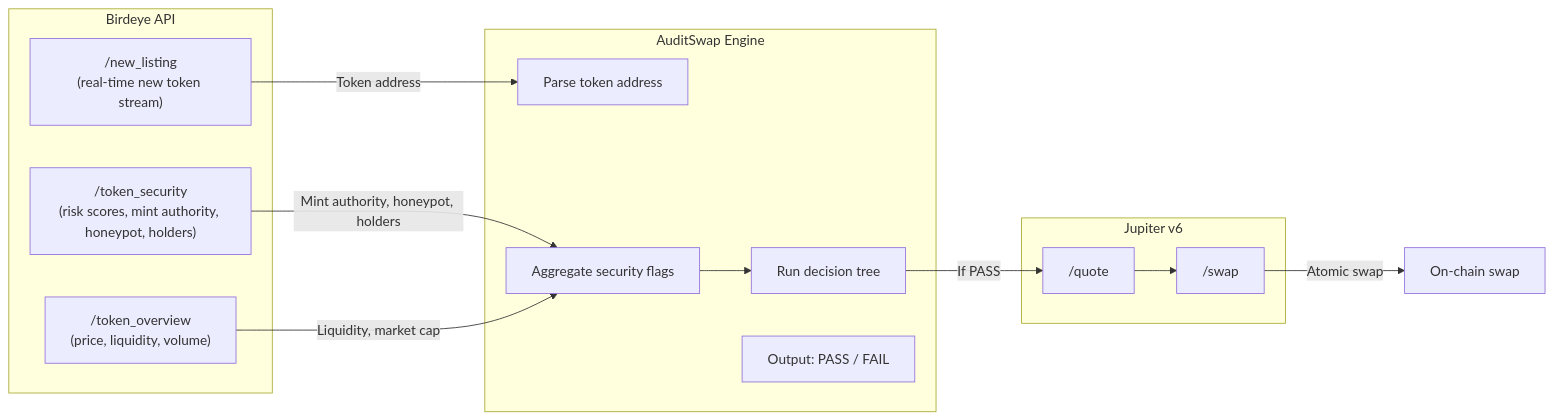
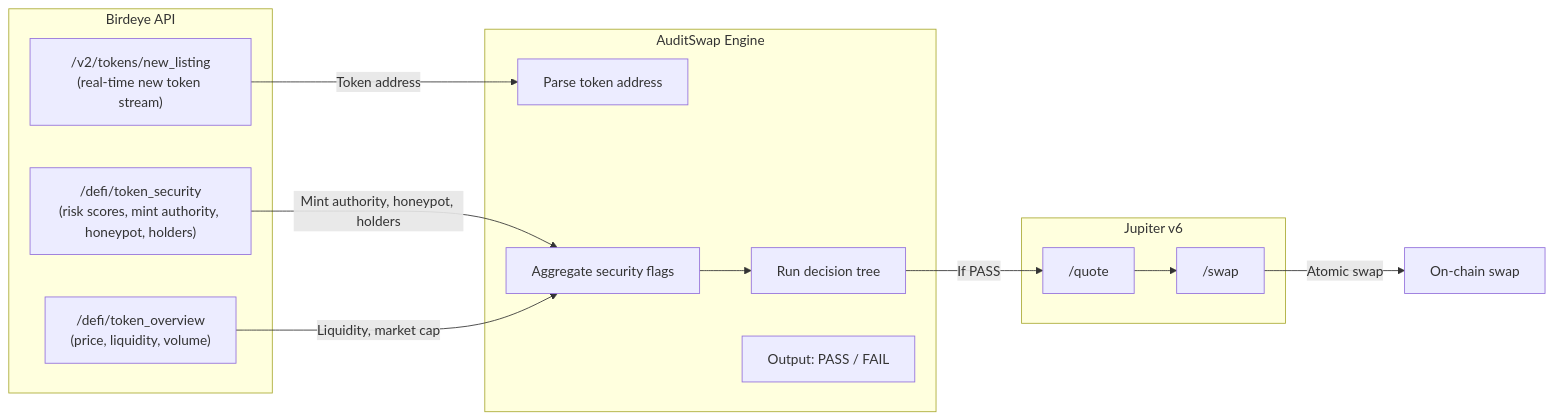
Before and after one commit to jaiswalraj03014/AuditSwap: the third of 3 diagrams in README.md, drawn with Mermaid. The commit also changed other lines of this file, not shown here.

````diff
--- a/README.md
+++ b/README.md
@@ -63,28 +80,28 @@
 ```mermaid
 flowchart LR
     subgraph BIRDEYE["Birdeye API"]
-        NL["/new_listing\n(real-time new token stream)"]
-        TS["/token_security\n(risk scores, mint authority, honeypot, holders)"]
-        TP["/token_overview\n(price, liquidity, volume)"]
+        NL["/v2/tokens/new_listing\n(real-time new token stream)"]
+        TS["/defi/token_security\n(risk scores, mint authority, honeypot, holders)"]
+        TP["/defi/token_overview\n(price, liquidity, volume)"]
     end
 
-    subgraph AUDIT["AuditSwap Engine"]
+    subgraph NEXUS["AuditSwap Engine"]
         A1["Parse token address"]
         A2["Aggregate security flags"]
         A3["Run decision tree"]
         A4["Output: PASS / FAIL"]
     end
 
     subgraph JUP["Jupiter v6"]
         J1["/quote"]
         J2["/swap"]
     end
 
     NL -->|Token address| A1
     TS -->|Mint authority, honeypot, holders| A2
     TP -->|Liquidity, market cap| A2
     A2 --> A3
     A3 -->|If PASS| J1
     J1 --> J2
     J2 -->|Atomic swap| EXECUTION[On-chain swap]
 ```
````
